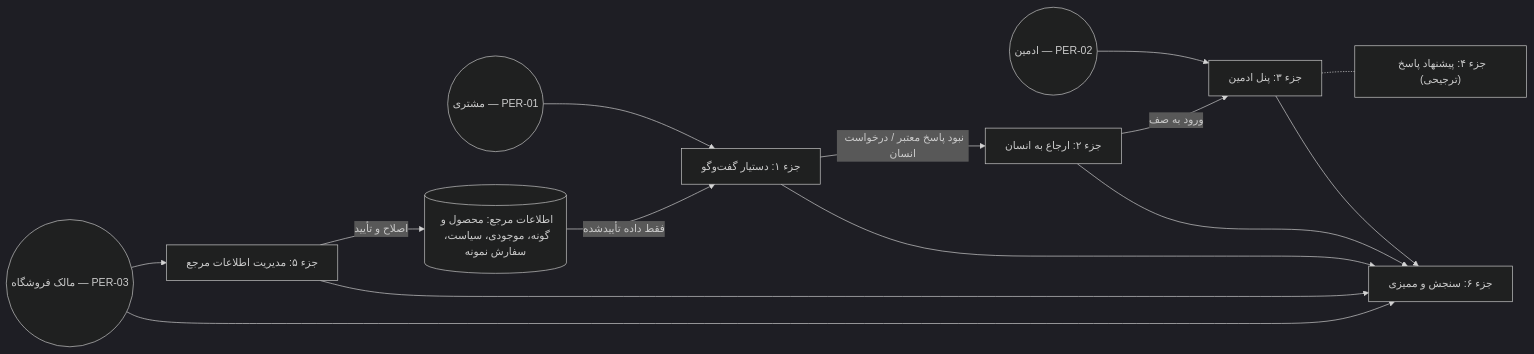
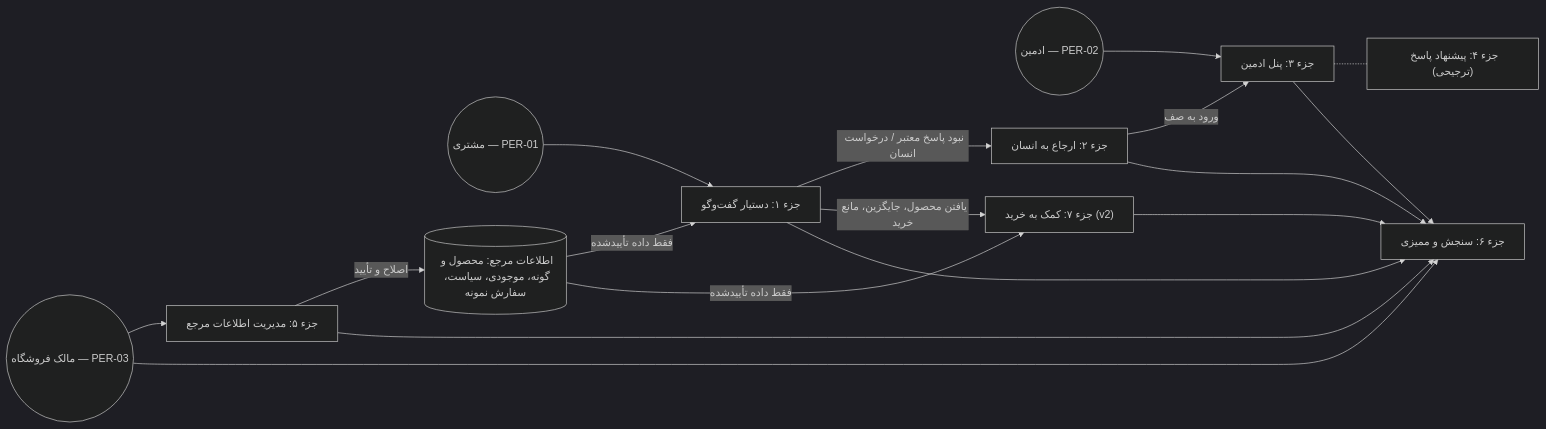
The diagram in prd/03 - PRD Sections/PRD-02 - Solution.md (faatemehheydarii/customer-support-prd), drawn with Mermaid (dark theme) before and after one commit. The commit also changed other lines of this file and 6 other files, not shown here.

````diff
--- a/prd/03 - PRD Sections/PRD-02 - Solution.md
+++ b/prd/03 - PRD Sections/PRD-02 - Solution.md
@@ -93,23 +94,26 @@
 ```mermaid
 flowchart LR
   C(("مشتری — PER-01"))
   AD(("ادمین — PER-02"))
   O(("مالک فروشگاه — PER-03"))
   A["جزء ۱: دستیار گفت‌وگو"]
   H["جزء ۲: ارجاع به انسان"]
   P["جزء ۳: پنل ادمین"]
   S["جزء ۴: پیشنهاد پاسخ (ترجیحی)"]
   M["جزء ۵: مدیریت اطلاعات مرجع"]
   D[("اطلاعات مرجع: محصول و گونه، موجودی، سیاست، سفارش نمونه")]
   E["جزء ۶: سنجش و ممیزی"]
+  SH["جزء ۷: کمک به خرید (v2)"]
   C --> A
   A -- "نبود پاسخ معتبر / درخواست انسان" --> H
   H -- "ورود به صف" --> P
   AD --> P
   P -.- S
   O --> M
   M -- "اصلاح و تأیید" --> D
   D -- "فقط داده تأییدشده" --> A
-  A & H & P & M --> E
+  A -- "یافتن محصول، جایگزین، مانع خرید" --> SH
+  D -- "فقط داده تأییدشده" --> SH
+  SH & A & H & P & M --> E
   O --> E
 ```
````
